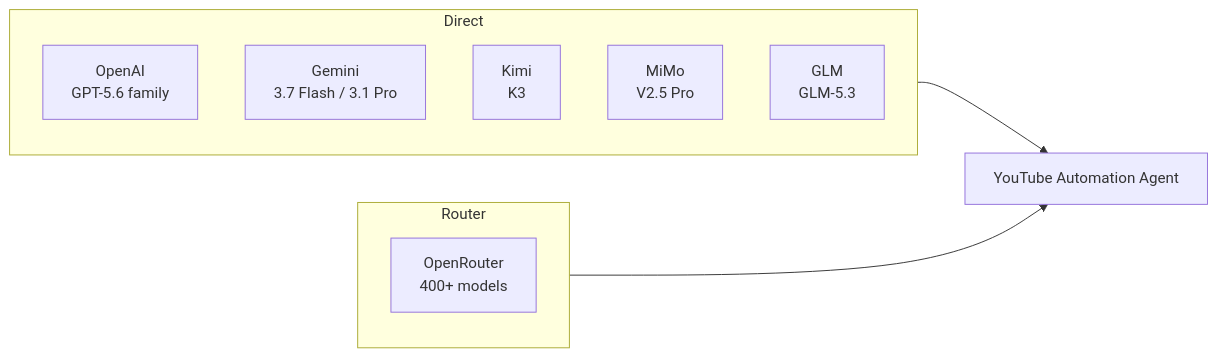
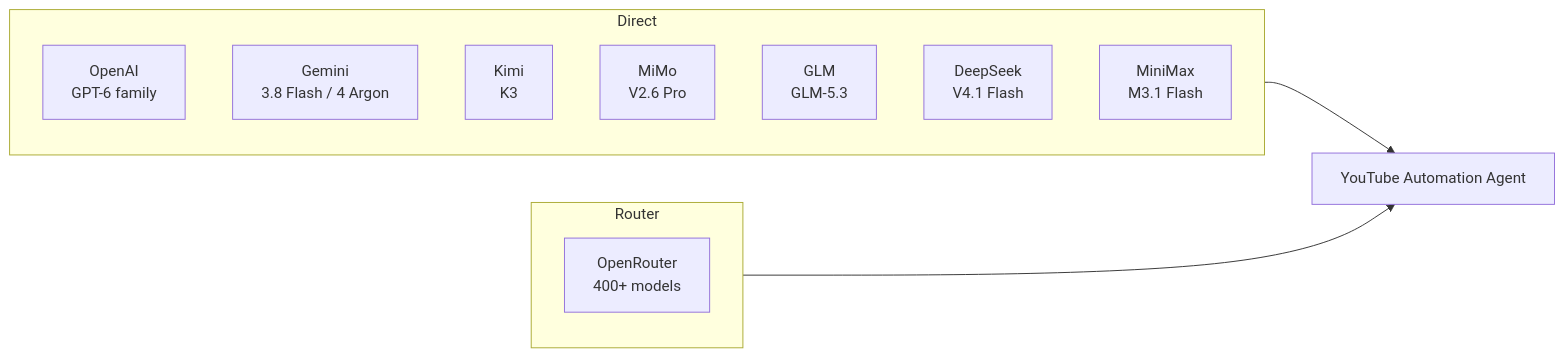
Before and after one commit to FandHBoise/YT: the second of 4 diagrams in README.md, drawn with Mermaid. The commit also changed other lines of this file and 9 other files, not shown here.

First line of the commit message:
feat: refresh model catalog and add DeepSeek and MiniMax text providers (#79)

````diff
--- a/README.md
+++ b/README.md
@@ -233,15 +233,17 @@
 ```mermaid
 graph LR
     subgraph Direct
-        OA[OpenAI<br/>GPT-5.6 family]
-        GM[Gemini<br/>3.7 Flash / 3.1 Pro]
+        OA[OpenAI<br/>GPT-6 family]
+        GM[Gemini<br/>3.8 Flash / 4 Argon]
         KM[Kimi<br/>K3]
-        MM[MiMo<br/>V2.5 Pro]
+        MM[MiMo<br/>V2.6 Pro]
         GL[GLM<br/>GLM-5.3]
+        DS[DeepSeek<br/>V4.1 Flash]
+        MX[MiniMax<br/>M3.1 Flash]
     end
     subgraph Router
         OR[OpenRouter<br/>400+ models]
     end
     Direct --> YAA[YouTube Automation Agent]
     Router --> YAA
 ```
````
